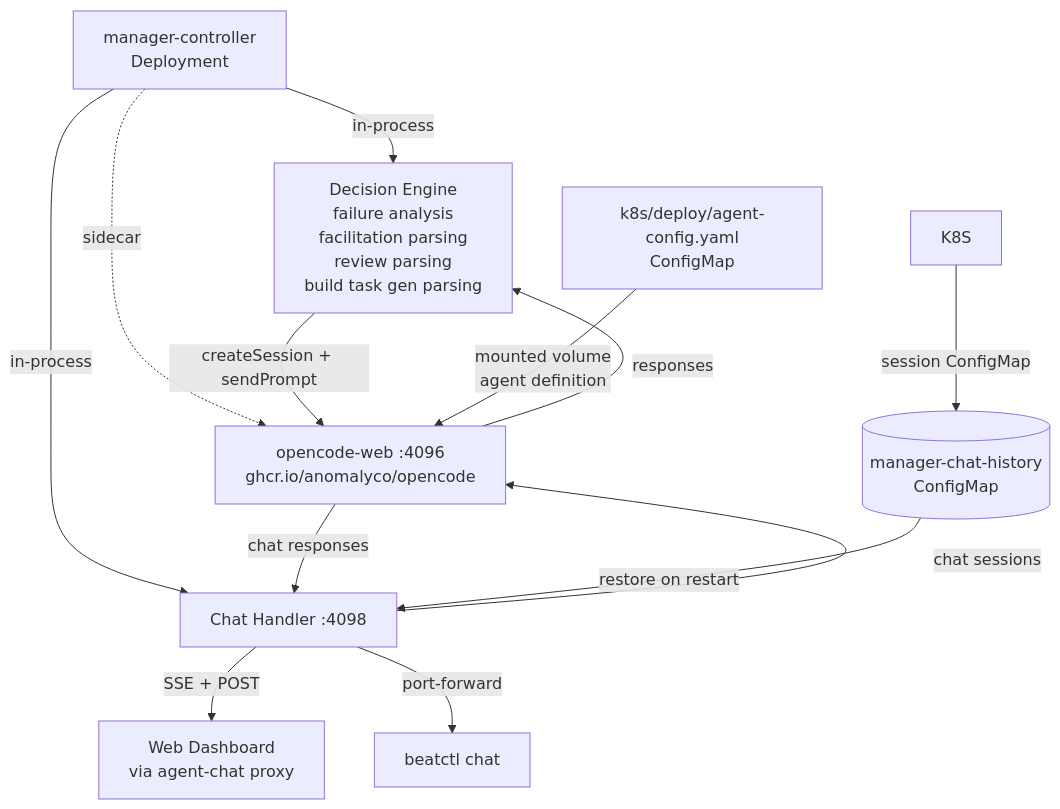
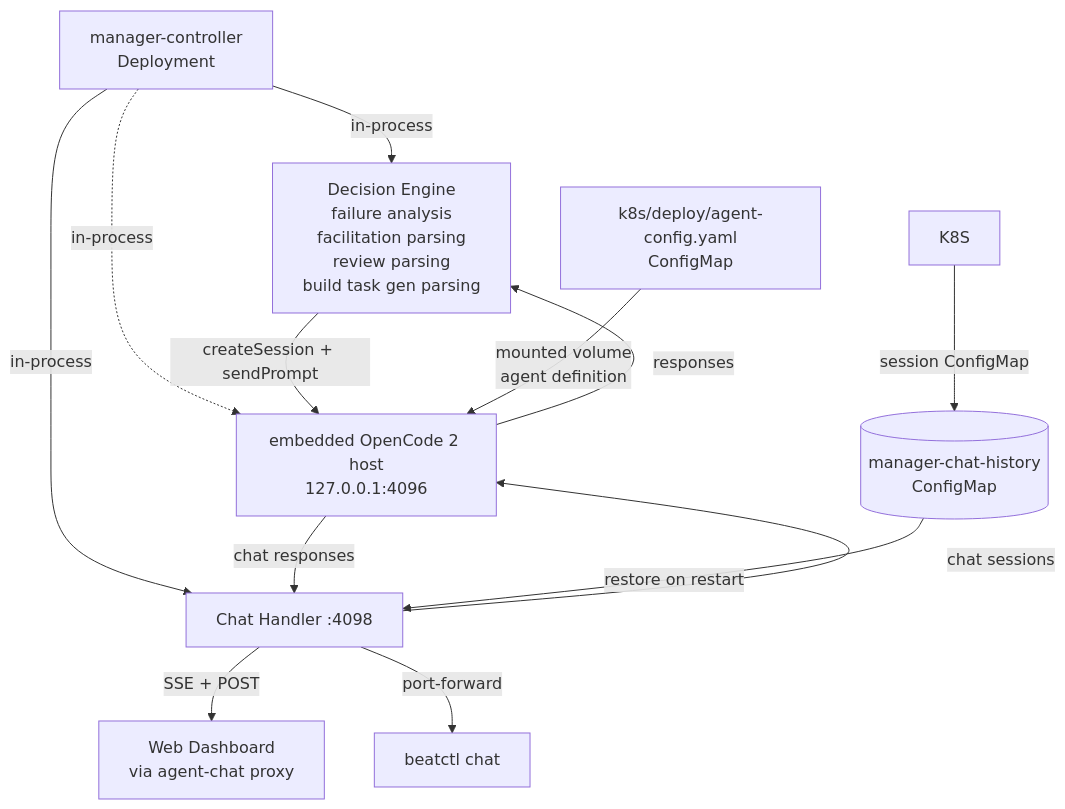
One commit to erkkaha/percussionist changed the fourth of 7 diagrams in README.md. Above: the diagram before and after it, drawn with Mermaid. The commit also changed other lines of this file and 17 other files, not shown here.

First line of the commit message:
feat(manager): embed the OpenCode 2 host, drop the opencode-web sidecar

````diff
--- a/README.md
+++ b/README.md
@@ -341,22 +341,22 @@
 ```mermaid
 flowchart TD
     MGR[manager-controller\nDeployment]
 
     MGR -->|in-process| DEC[Decision Engine\nfailure analysis\nfacilitation parsing\nreview parsing\nbuild task gen parsing]
     MGR -->|in-process| CHAT[Chat Handler :4098]
 
-    MGR -.->|sidecar| SIDECAR[opencode-web :4096\nghcr.io/anomalyco/opencode]
+    MGR -.->|in-process| SIDECAR[embedded OpenCode 2 host\n127.0.0.1:4096]
 
     DEC -->|createSession + sendPrompt| SIDECAR
     SIDECAR -->|responses| DEC
     CHAT -->|chat sessions| SIDECAR
     SIDECAR -->|chat responses| CHAT
 
     CHAT -->|SSE + POST| WEB[Web Dashboard\nvia agent-chat proxy]
     CHAT -->|port-forward| CLI[beatctl chat]
 
     K8S -->|session ConfigMap| CM[(manager-chat-history\nConfigMap)]
     CM -->|restore on restart| CHAT
 
     AGCFG[k8s/deploy/agent-config.yaml\nConfigMap] -->|mounted volume\nagent definition| SIDECAR
 ```
````
